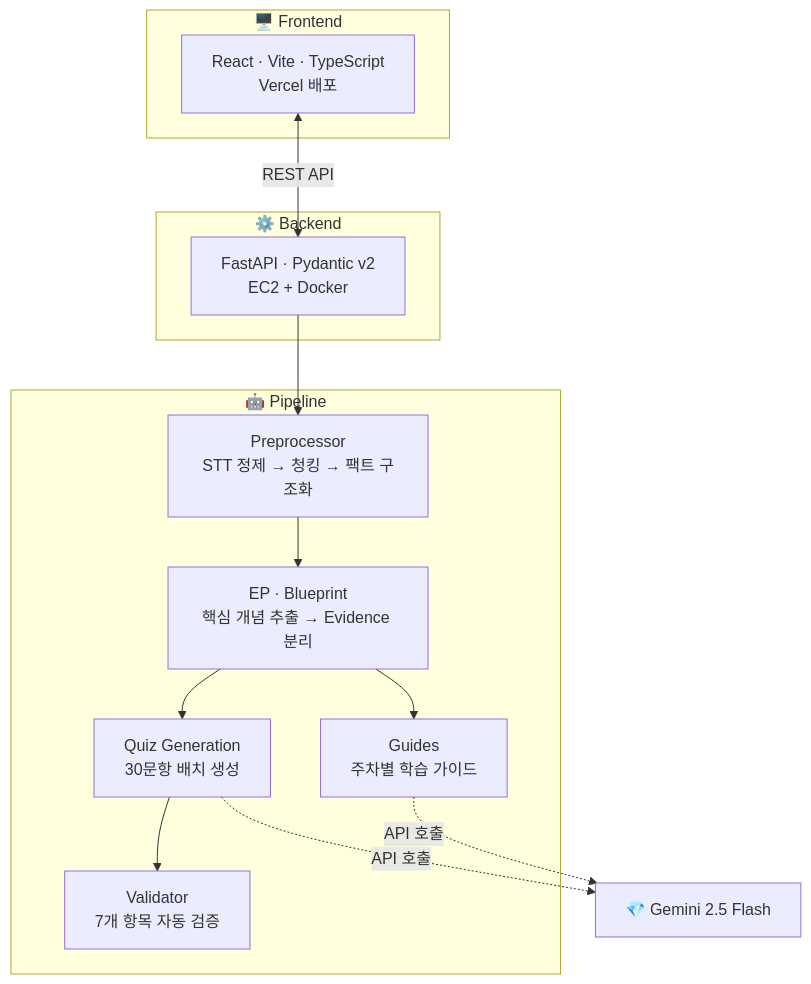
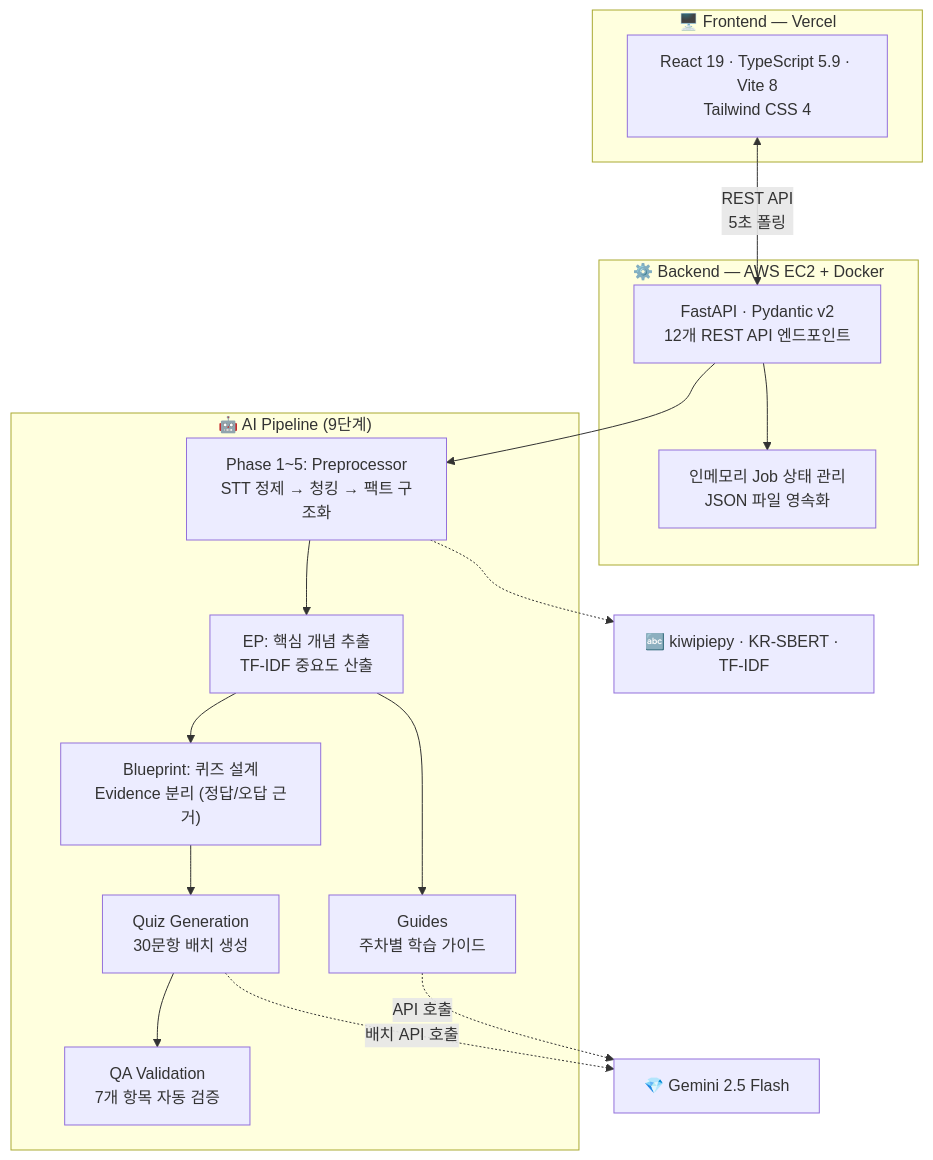
One commit to tell-me-lion/prototype00 changed the first of 2 diagrams in README.md. Above: the diagram before and after it, drawn with Mermaid. The commit also changed other lines of this file and 4 other files, not shown here.

````diff
--- a/README.md
+++ b/README.md
@@ -64,26 +95,31 @@
 ```mermaid
 graph TB
-    subgraph Client["🖥️ Frontend"]
-        FE["React · Vite · TypeScript<br/>Vercel 배포"]
+    subgraph Client["🖥️ Frontend — Vercel"]
+        FE["React 19 · TypeScript 5.9 · Vite 8<br/>Tailwind CSS 4"]
     end
 
-    subgraph Server["⚙️ Backend"]
-        BE["FastAPI · Pydantic v2<br/>EC2 + Docker"]
+    subgraph Server["⚙️ Backend — AWS EC2 + Docker"]
+        BE["FastAPI · Pydantic v2<br/>12개 REST API 엔드포인트"]
+        STATE["인메모리 Job 상태 관리<br/>JSON 파일 영속화"]
     end
 
-    subgraph AI["🤖 Pipeline"]
-        PP["Preprocessor<br/>STT 정제 → 청킹 → 팩트 구조화"]
-        EP["EP · Blueprint<br/>핵심 개념 추출 → Evidence 분리"]
+    subgraph Pipeline["🤖 AI Pipeline (9단계)"]
+        PP["Phase 1~5: Preprocessor<br/>STT 정제 → 청킹 → 팩트 구조화"]
+        EP["EP: 핵심 개념 추출<br/>TF-IDF 중요도 산출"]
+        BP["Blueprint: 퀴즈 설계<br/>Evidence 분리 (정답/오답 근거)"]
         QG["Quiz Generation<br/>30문항 배치 생성"]
-        VA["Validator<br/>7개 항목 자동 검증"]
+        VA["QA Validation<br/>7개 항목 자동 검증"]
         GU["Guides<br/>주차별 학습 가이드"]
     end
 
     GEMINI["💎 Gemini 2.5 Flash"]
+    NLP["🔤 kiwipiepy · KR-SBERT · TF-IDF"]
 
-    FE <-->|"REST API"| BE
-    BE --> PP --> EP --> QG --> VA
+    FE <-->|"REST API<br/>5초 폴링"| BE
+    BE --> STATE
+    BE --> PP --> EP --> BP --> QG --> VA
     EP --> GU
-    QG -.->|"API 호출"| GEMINI
+    PP -.-> NLP
+    QG -.->|"배치 API 호출"| GEMINI
     GU -.->|"API 호출"| GEMINI
 ```
````
